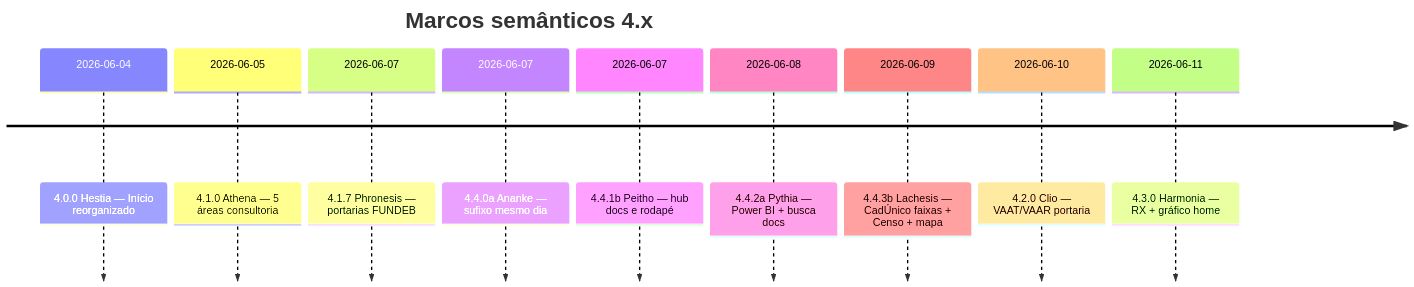
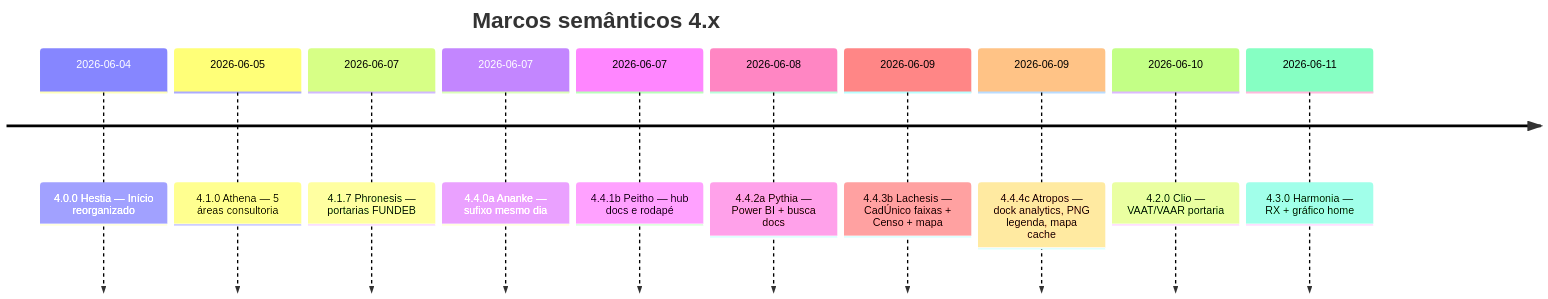
One commit to JaderGabriel/serventec-servlitcys changed the diagram in docs/HISTORICO_VERSOES.md. Above: the diagram before and after it, drawn with Mermaid. The commit also changed other lines of this file and 44 other files, not shown here.

First line of the commit message:
release(4.4.4): dock analytics, mapa cache, PNG legenda e Diagnóstico explorar.

````diff
--- a/docs/HISTORICO_VERSOES.md
+++ b/docs/HISTORICO_VERSOES.md
@@ -19,13 +19,14 @@
 ```mermaid
 timeline
     title Marcos semânticos 4.x
     2026-06-04 : 4.0.0 Hestia — Início reorganizado
     2026-06-05 : 4.1.0 Athena — 5 áreas consultoria
     2026-06-07 : 4.1.7 Phronesis — portarias FUNDEB
     2026-06-07 : 4.4.0a Ananke — sufixo mesmo dia
     2026-06-07 : 4.4.1b Peitho — hub docs e rodapé
     2026-06-08 : 4.4.2a Pythia — Power BI + busca docs
     2026-06-09 : 4.4.3b Lachesis — CadÚnico faixas + Censo + mapa
+    2026-06-09 : 4.4.4c Atropos — dock analytics, PNG legenda, mapa cache
     2026-06-10 : 4.2.0 Clio — VAAT/VAAR portaria
     2026-06-11 : 4.3.0 Harmonia — RX + gráfico home
 ```
````
